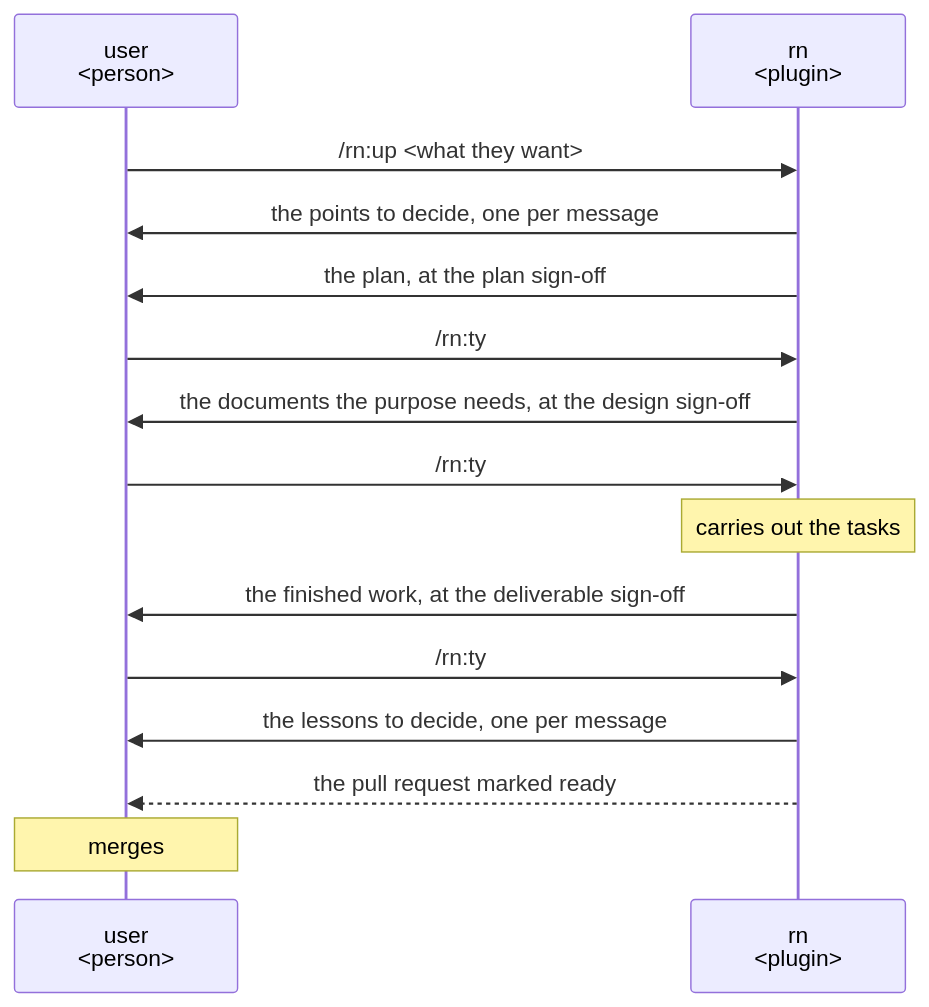
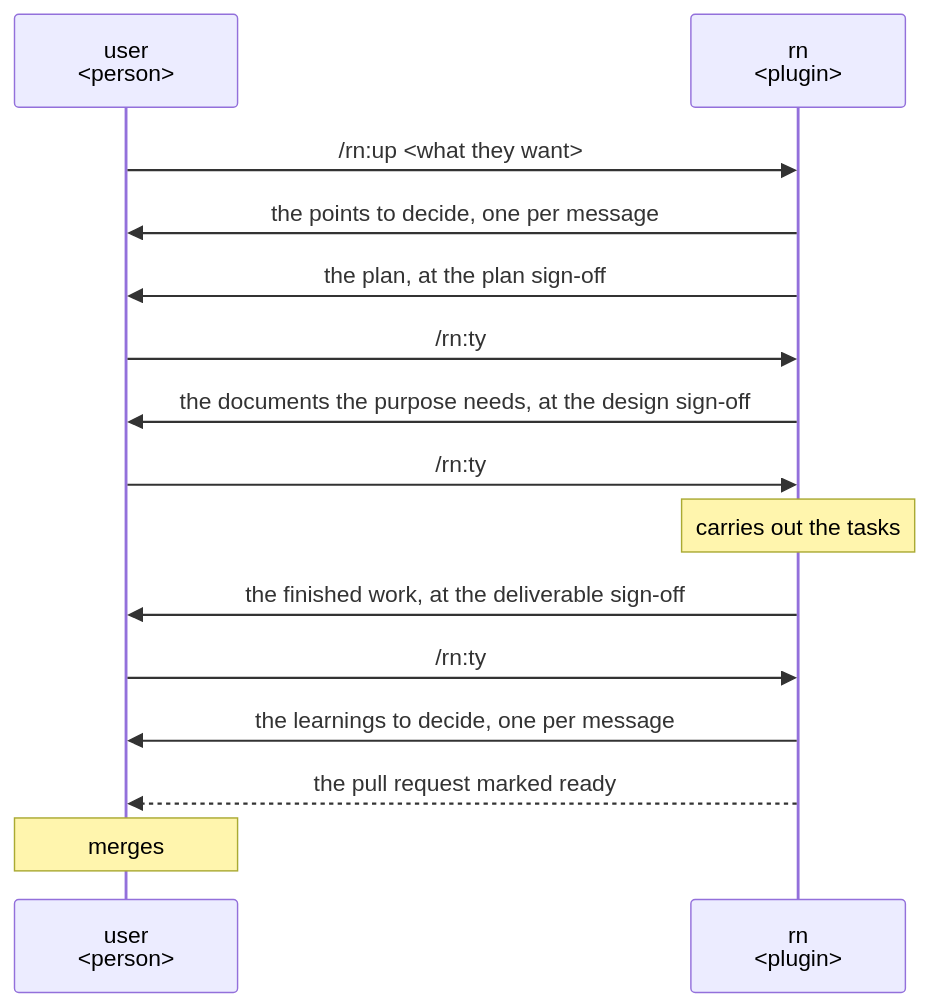
One commit to lovaizu/ccpm changed the first of 5 diagrams in dev/rn/ux.md. Above: the diagram before and after it, drawn with Mermaid. The commit also changed other lines of this file and 1 other file, not shown here.

````diff
--- a/dev/rn/ux.md
+++ b/dev/rn/ux.md
@@ -54,17 +54,17 @@
 ```mermaid
 sequenceDiagram
   participant U as user<br/>#lt;person#gt;
   participant R as rn<br/>#lt;plugin#gt;
   U->>R: /rn:up #lt;what they want#gt;
   R->>U: the points to decide, one per message
   R->>U: the plan, at the plan sign-off
   U->>R: /rn:ty
   R->>U: the documents the purpose needs, at the design sign-off
   U->>R: /rn:ty
   Note over R: carries out the tasks
   R->>U: the finished work, at the deliverable sign-off
   U->>R: /rn:ty
-  R->>U: the lessons to decide, one per message
+  R->>U: the learnings to decide, one per message
   R-->>U: the pull request marked ready
   Note over U: merges
 ```
````
